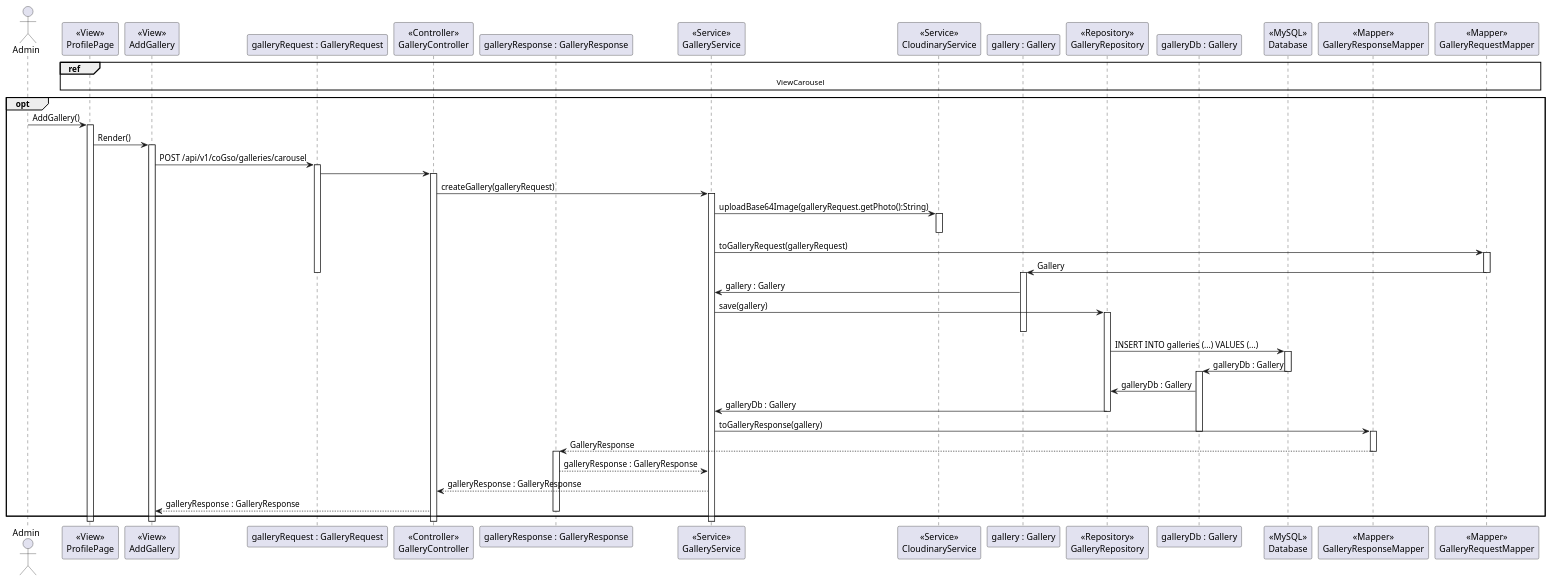
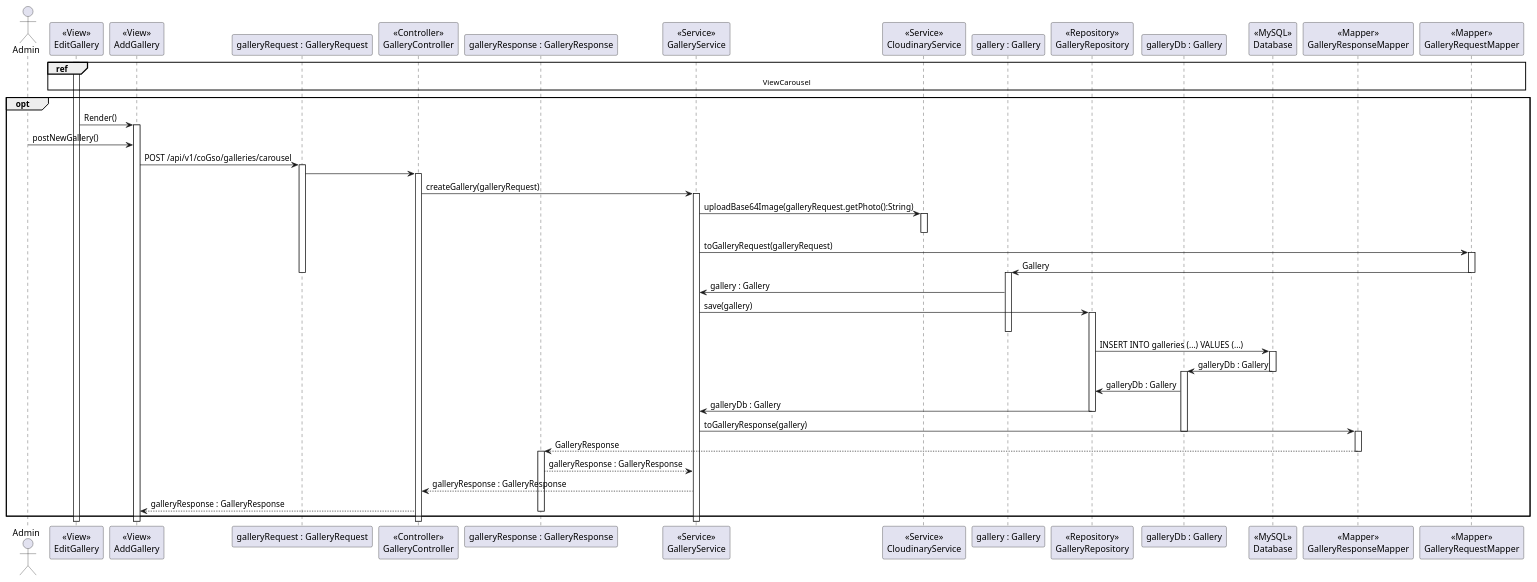
One commit to DylanBrass/Corso-Website changed the diagram in Diagrams/LLSD/Galleries/add_gallery_photo_llsd.puml. Above: the diagram before and after it, drawn with PlantUML. The commit also changed 55 other files, not shown here.

```diff
--- a/Diagrams/LLSD/Galleries/add_gallery_photo_llsd.puml
+++ b/Diagrams/LLSD/Galleries/add_gallery_photo_llsd.puml
@@ -1,107 +1,107 @@
 @startuml
 
 actor Admin
 
-participant "<<View>>\nProfilePage" as Pfp
+participant "<<View>>\nEditGallery" as Pfp
 
 participant "<<View>>\nAddGallery" as Wrp
 
 participant "galleryRequest : GalleryRequest" as Gq
 
 participant "<<Controller>>\nGalleryController" as Rc
 
 participant "galleryResponse : GalleryResponse" as Gr
 
 participant "<<Service>>\nGalleryService" as Gs
 
 participant "<<Service>>\nCloudinaryService" as Cs
 
 
 participant "gallery : Gallery" as G
 
 
 participant "<<Repository>>\nGalleryRepository" as Grep
 
 participant "galleryDb : Gallery" as Gdb
 
 participant "<<MySQL>>\nDatabase" as Db
 
 participant "<<Mapper>>\nGalleryResponseMapper" as GresM
 
 participant "<<Mapper>>\nGalleryRequestMapper" as GreqM
 
 ref over Pfp, Wrp, Gq, Rc, Gr, Gs, G, Grep, Gdb, Db, GresM, GreqM
     ViewCarousel
 end
 
 opt
-Admin -> Pfp: AddGallery()
 activate Pfp
 
 Pfp -> Wrp: Render()
 activate Wrp
+Admin -> Wrp: postNewGallery()
 
 Wrp -> Gq: POST /api/v1/coGso/galleries/carousel
 
 activate Gq
 
 Gq -> Rc
 
 activate Rc
 
 Rc -> Gs: createGallery(galleryRequest)
 activate Gs
 
 Gs -> Cs: uploadBase64Image(galleryRequest.getPhoto():String)
 activate Cs
 
 deactivate Cs
 Gs -> GreqM: toGalleryRequest(galleryRequest)
 
 activate GreqM
 
 GreqM -> G: Gallery
 
 deactivate Gq
 deactivate GreqM
 
 activate G
 
 G -> Gs : gallery : Gallery
 
 
 
 Gs -> Grep: save(gallery)
 activate Grep
 deactivate G
 
 Grep -> Db: INSERT INTO galleries (...) VALUES (...)
 activate Db
 
 Db -> Gdb: galleryDb : Gallery
 deactivate Db
 
 activate Gdb
 Gdb -> Grep: galleryDb : Gallery
 
 Grep -> Gs: galleryDb : Gallery
 deactivate Grep
 Gs -> GresM: toGalleryResponse(gallery)
 deactivate Gdb
 activate GresM
 
 
 GresM --> Gr: GalleryResponse
 deactivate GresM
 activate Gr
 
 Gr --> Gs : galleryResponse : GalleryResponse
 
 Gs --> Rc: galleryResponse : GalleryResponse
 
 
 Rc --> Wrp: galleryResponse : GalleryResponse
 
 deactivate Gr
 end opt
 @enduml
```
